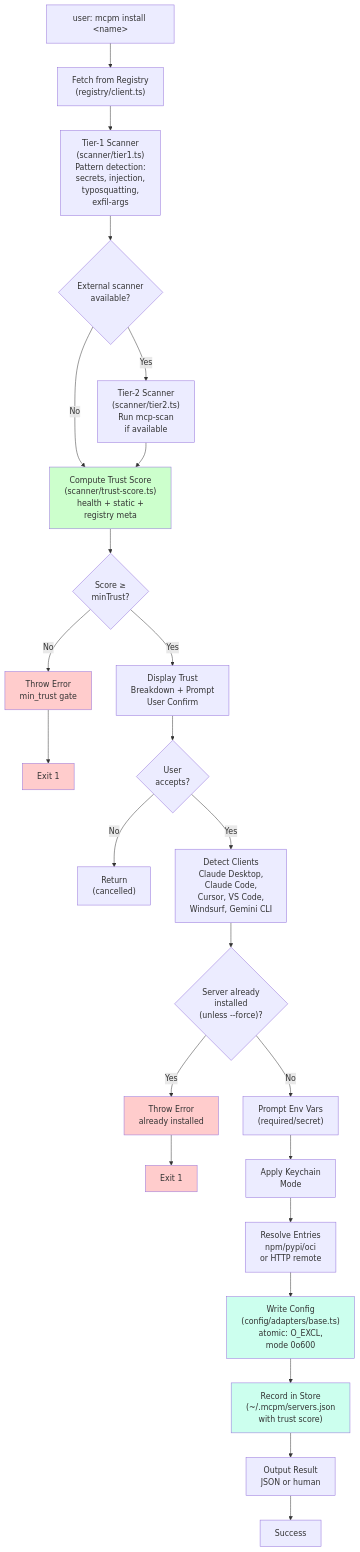
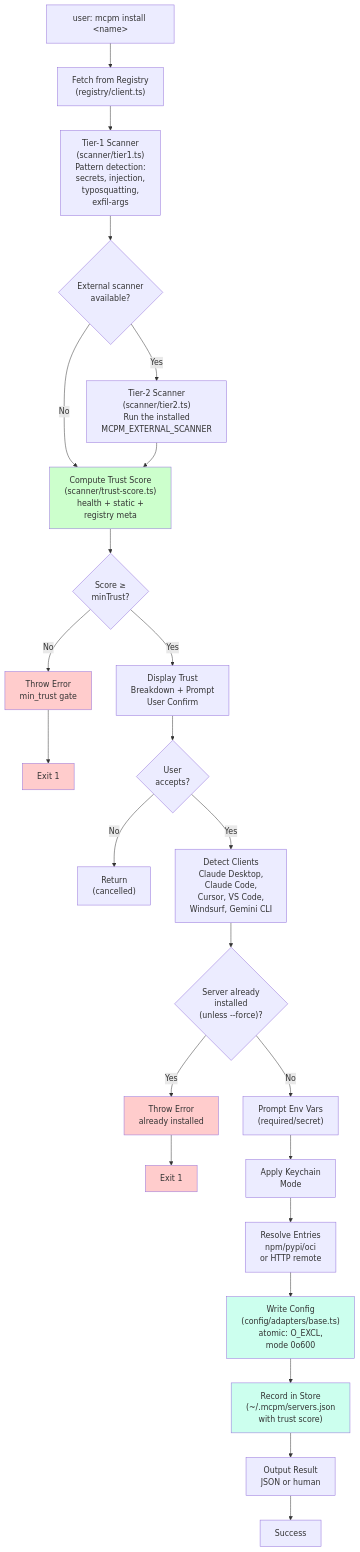
One commit to getmcpm/cli changed the first of 3 diagrams in docs/ARCHITECTURE.md. Above: the diagram before and after it, drawn with Mermaid. The commit also changed other lines of this file and 12 other files, not shown here.

````diff
--- a/docs/ARCHITECTURE.md
+++ b/docs/ARCHITECTURE.md
@@ -166,35 +166,35 @@
 ```mermaid
 flowchart TD
 Start["user: mcpm install &lt;name&gt;"]
 Start --> GetServer["Fetch from Registry<br/>(registry/client.ts)"]
 GetServer --> Tier1["Tier-1 Scanner<br/>(scanner/tier1.ts)<br/>Pattern detection:<br/>secrets, injection,<br/>typosquatting,<br/>exfil-args"]
 Tier1 --> CheckExt{"External scanner<br/>available?"}
 CheckExt -->|No| Trust["Compute Trust Score<br/>(scanner/trust-score.ts)<br/>health + static +<br/>registry meta"]
-CheckExt -->|Yes| Tier2["Tier-2 Scanner<br/>(scanner/tier2.ts)<br/>Run mcp-scan<br/>if available"]
+CheckExt -->|Yes| Tier2["Tier-2 Scanner<br/>(scanner/tier2.ts)<br/>Run the installed<br/>MCPM_EXTERNAL_SCANNER"]
 Tier2 --> Trust
 Trust --> CheckMinTrust{"Score ≥<br/>minTrust?"}
 CheckMinTrust -->|No| Fail["Throw Error<br/>min_trust gate"]
 Fail --> End1["Exit 1"]
 CheckMinTrust -->|Yes| Prompt["Display Trust<br/>Breakdown + Prompt<br/>User Confirm"]
 Prompt --> UserReject{"User<br/>accepts?"}
 UserReject -->|No| End2["Return<br/>(cancelled)"]
 UserReject -->|Yes| Detect["Detect Clients<br/>Claude Desktop,<br/>Claude Code,<br/>Cursor, VS Code,<br/>Windsurf, Gemini CLI"]
 Detect --> CheckExisting{"Server already<br/>installed<br/>(unless --force)?"}
 CheckExisting -->|Yes| FailExisting["Throw Error<br/>already installed"]
 FailExisting --> End3["Exit 1"]
 CheckExisting -->|No| PromptEnv["Prompt Env Vars<br/>(required/secret)"]
 PromptEnv --> ApplyKeychain["Apply Keychain<br/>Mode"]
 ApplyKeychain --> ResolveEntries["Resolve Entries<br/>npm/pypi/oci<br/>or HTTP remote"]
 ResolveEntries --> WriteConfig["Write Config<br/>(config/adapters/base.ts)<br/>atomic: O_EXCL,<br/>mode 0o600"]
 WriteConfig --> Store["Record in Store<br/>(~/.mcpm/servers.json<br/>with trust score)"]
 Store --> Output["Output Result<br/>JSON or human"]
 Output --> End4["Success"]
 
 style Fail fill:#ffcccc
 style End1 fill:#ffcccc
 style FailExisting fill:#ffcccc
 style End3 fill:#ffcccc
 style Trust fill:#ccffcc
 style WriteConfig fill:#ccffee
 style Store fill:#ccffee
 ```
````
